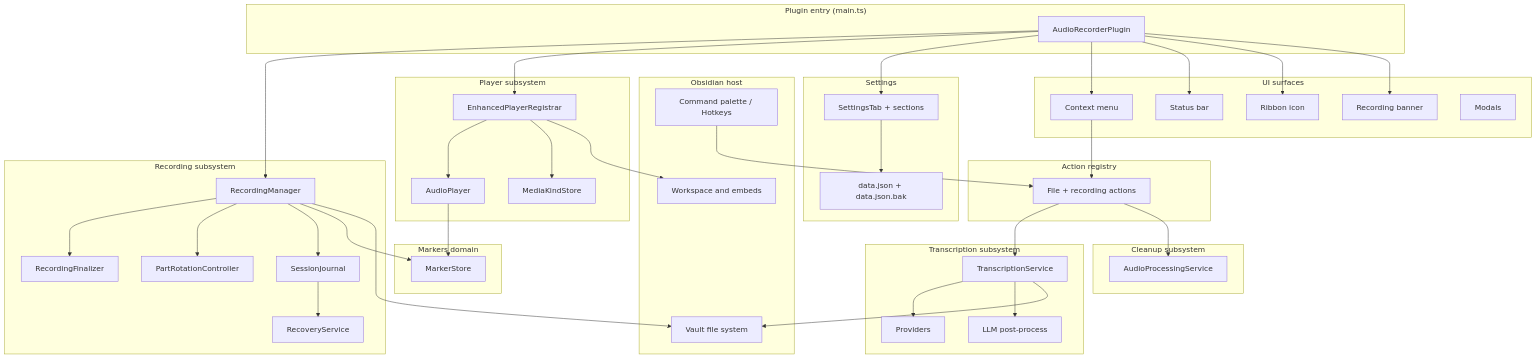
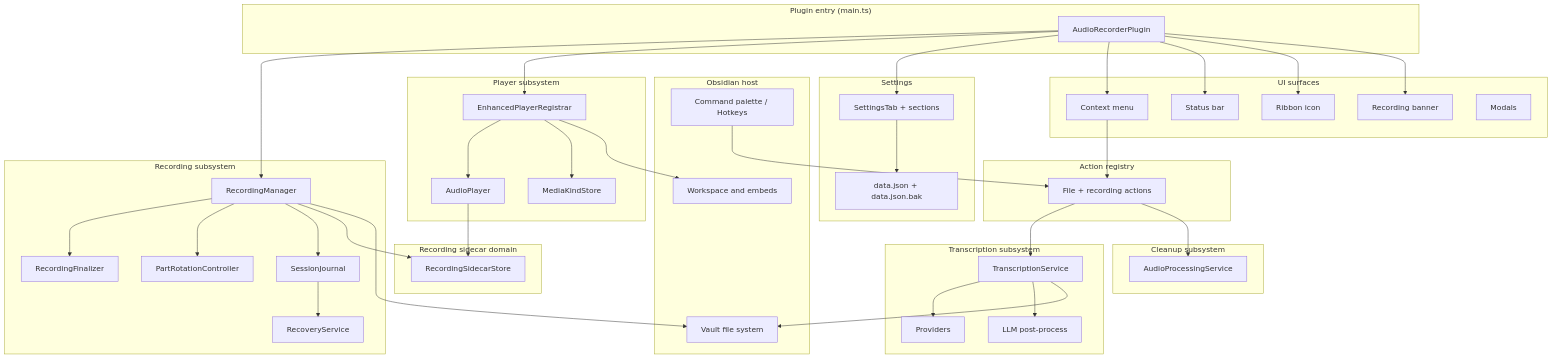
Before and after one commit to akhmialeuski/advanced-audio-recorder: the first of 7 diagrams in docs/architecture.md, drawn with Mermaid. The commit also changed other lines of this file and 18 other files, not shown here.

First line of the commit message:
refactor: drop the MarkerStore facade and the sidecar store's dead API

```diff
--- a/docs/architecture.md
+++ b/docs/architecture.md
@@ -45,8 +45,8 @@
         MKS[MediaKindStore]
     end
 
-    subgraph Mark["Markers domain"]
-        MRK[MarkerStore]
+    subgraph Mark["Recording sidecar domain"]
+        MRK[RecordingSidecarStore]
     end
 
     subgraph Act["Action registry"]
```
